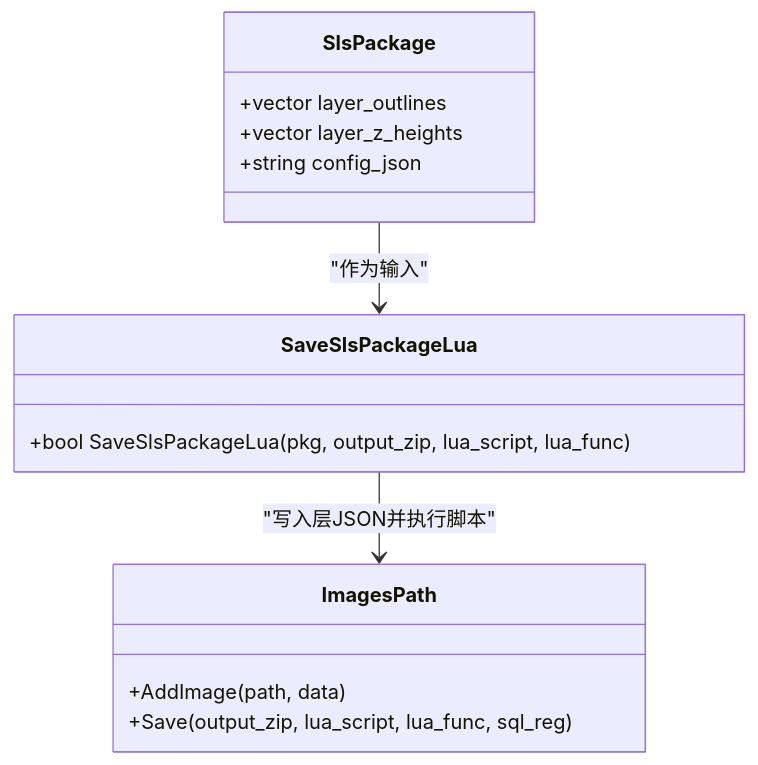
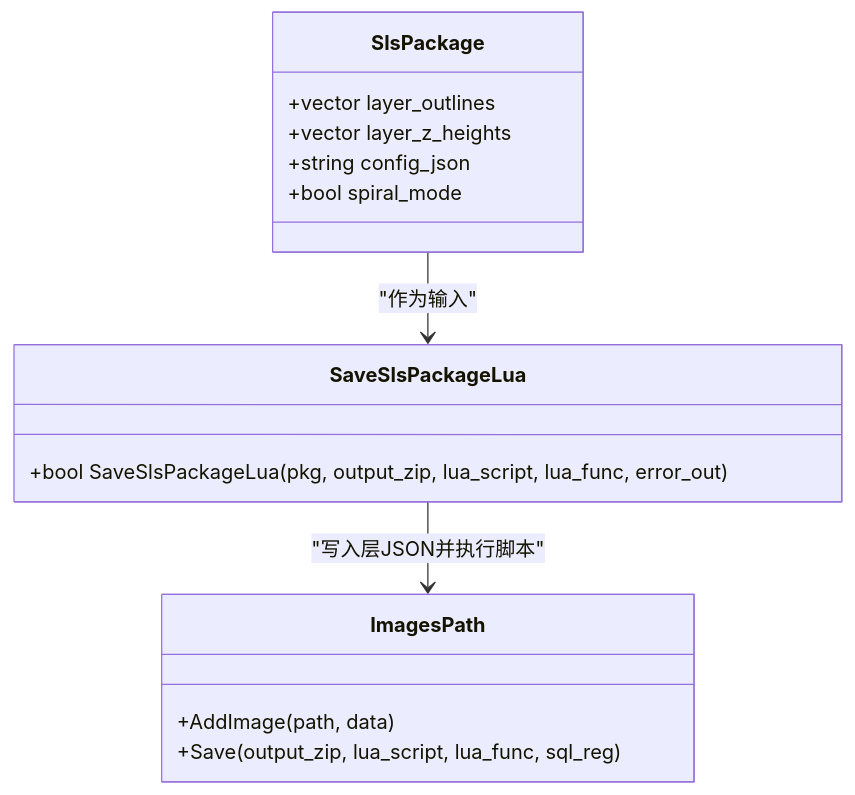
Before and after one commit to hsmbanlance/HsBaSlicer: the fifth of 7 diagrams in .qoder/repowiki/zh/content/核心模块详解/SLS选择性激光烧结流水线.md, drawn with Mermaid. The commit also changed other lines of this file and 20 other files, not shown here.

````diff
--- a/.qoder/repowiki/zh/content/核心模块详解/SLS选择性激光烧结流水线.md
+++ b/.qoder/repowiki/zh/content/核心模块详解/SLS选择性激光烧结流水线.md
@@ -180,17 +243,18 @@
 ```mermaid
 classDiagram
 class SlsPackage {
 +vector<PolygonsD> layer_outlines
 +vector<float> layer_z_heights
 +string config_json
++bool spiral_mode
 }
 class SaveSlsPackageLua {
-+bool SaveSlsPackageLua(pkg, output_zip, lua_script, lua_func)
++bool SaveSlsPackageLua(pkg, output_zip, lua_script, lua_func, error_out)
 }
 class ImagesPath {
 +AddImage(path, data)
 +Save(output_zip, lua_script, lua_func, sql_reg)
 }
 SlsPackage --> SaveSlsPackageLua : "作为输入"
 SaveSlsPackageLua --> ImagesPath : "写入层JSON并执行脚本"
 ```
````
